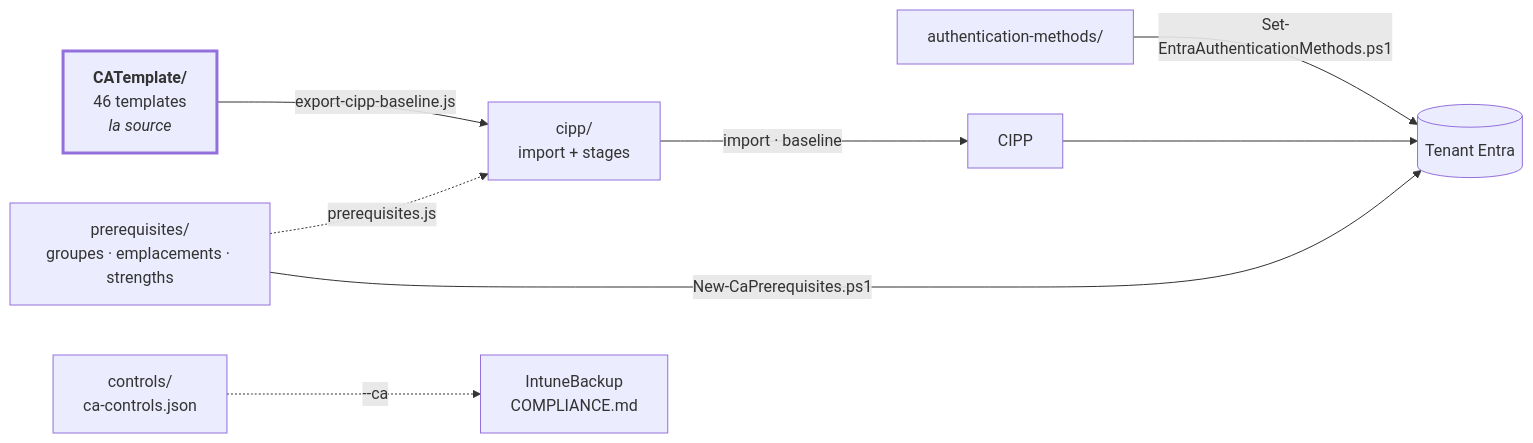
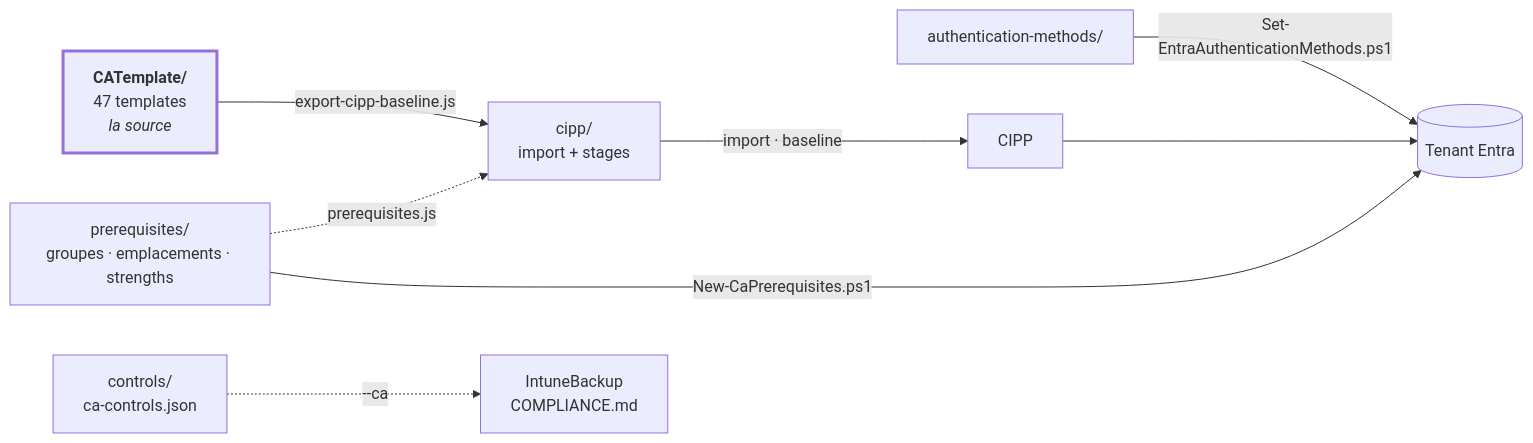
One commit to sjkanon/CA-Policies changed the diagram in README.fr.md. Above: the diagram before and after it, drawn with Mermaid. The commit also changed other lines of this file and 39 other files, not shown here.

````diff
--- a/README.fr.md
+++ b/README.fr.md
@@ -11,19 +11,19 @@
 ```mermaid
 flowchart LR
-  T["<b>CATemplate/</b><br/>46 templates<br/><i>la source</i>"]
+  T["<b>CATemplate/</b><br/>47 templates<br/><i>la source</i>"]
   P["prerequisites/<br/>groupes · emplacements · strengths"]
   C["controls/<br/>ca-controls.json"]
   A["authentication-methods/"]
   X["cipp/<br/>import + stages"]
   TEN[("Tenant Entra")]
 
   T -->|export-cipp-baseline.js| X
   P -.->|prerequisites.js| X
   X -->|import · baseline| CIPP[CIPP]
   CIPP --> TEN
   P -->|New-CaPrerequisites.ps1| TEN
   A -->|Set-EntraAuthenticationMethods.ps1| TEN
   C -.->|--ca| IB["IntuneBackup<br/>COMPLIANCE.md"]
 
   style T stroke-width:3px
 ```
````
